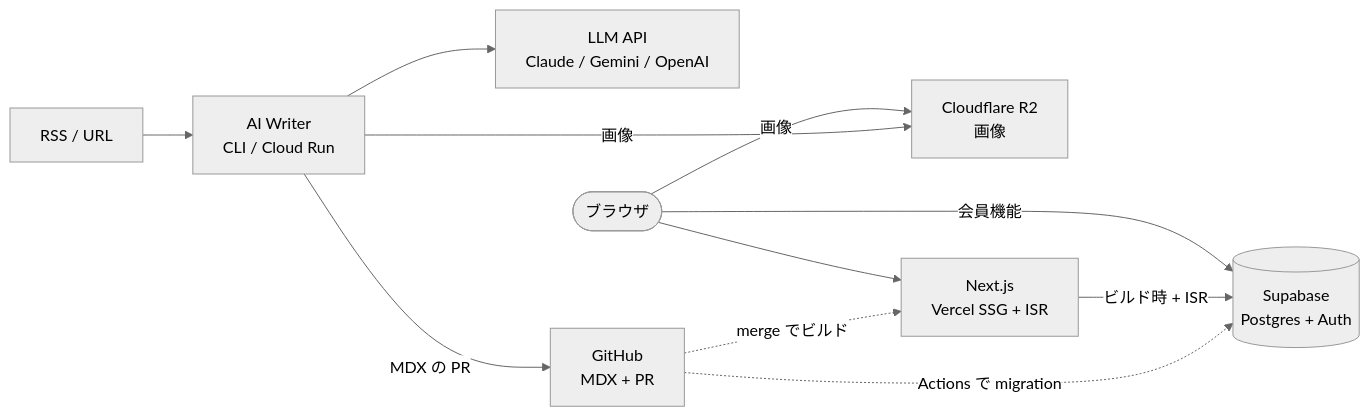
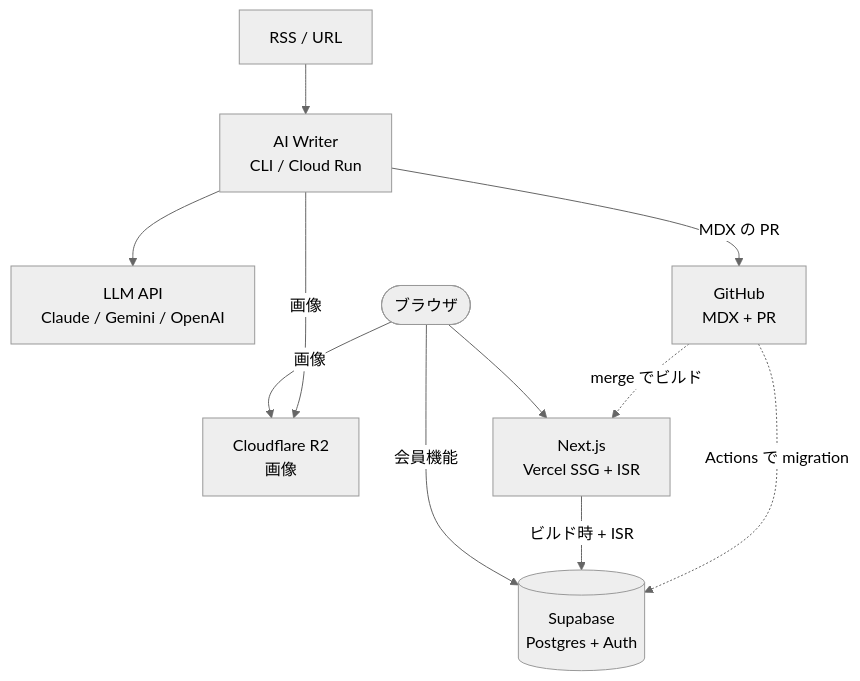
Before and after one commit to thanks2music/revolution: the diagram in docs/overview.md, drawn with Mermaid (neutral theme).

Commit message:
📝 docs(overview): draw the dotted edges on the docs site and fit the diagram
The docs site renders Mermaid with beautiful-mermaid, which reads a
labelled dotted link only as "-.->|label|" or "-. label .->" (with
spaces). The "-.label.->" form dropped both GitHub edges there. Use the
pipe form, which GitHub's Mermaid also reads.

With those edges back, the left-to-right layout grew to 1240px and
scrolled sideways in the 665px column. Top-to-bottom fits in 647px.

````diff
--- a/docs/overview.md
+++ b/docs/overview.md
@@ -13,22 +13,22 @@
 ```mermaid
-flowchart LR
+flowchart TB
     SRC[RSS / URL]
     LLM[LLM API<br/>Claude / Gemini / OpenAI]
     AW[AI Writer<br/>CLI / Cloud Run]
     R2[Cloudflare R2<br/>画像]
     GH[GitHub<br/>MDX + PR]
     WEB[Next.js<br/>Vercel SSG + ISR]
     DB[(Supabase<br/>Postgres + Auth)]
     USER([ブラウザ])
 
     SRC --> AW
     AW --> LLM
     AW -->|画像| R2
     AW -->|MDX の PR| GH
-    GH -.merge でビルド.-> WEB
-    GH -.Actions で migration.-> DB
+    GH -.->|merge でビルド| WEB
+    GH -.->|Actions で migration| DB
     WEB -->|ビルド時 + ISR| DB
     USER --> WEB
     USER -->|会員機能| DB
     USER -->|画像| R2
 ```
````
